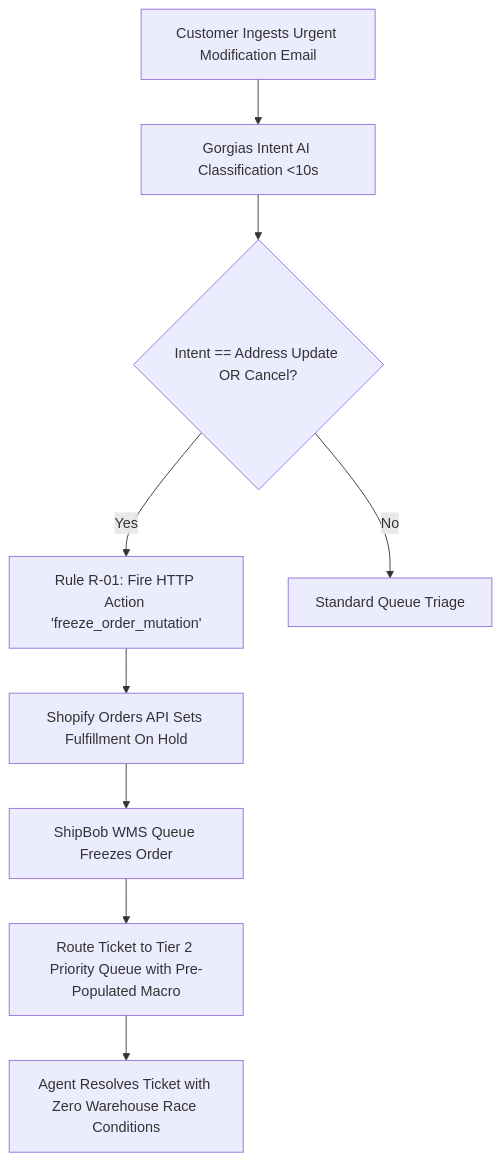
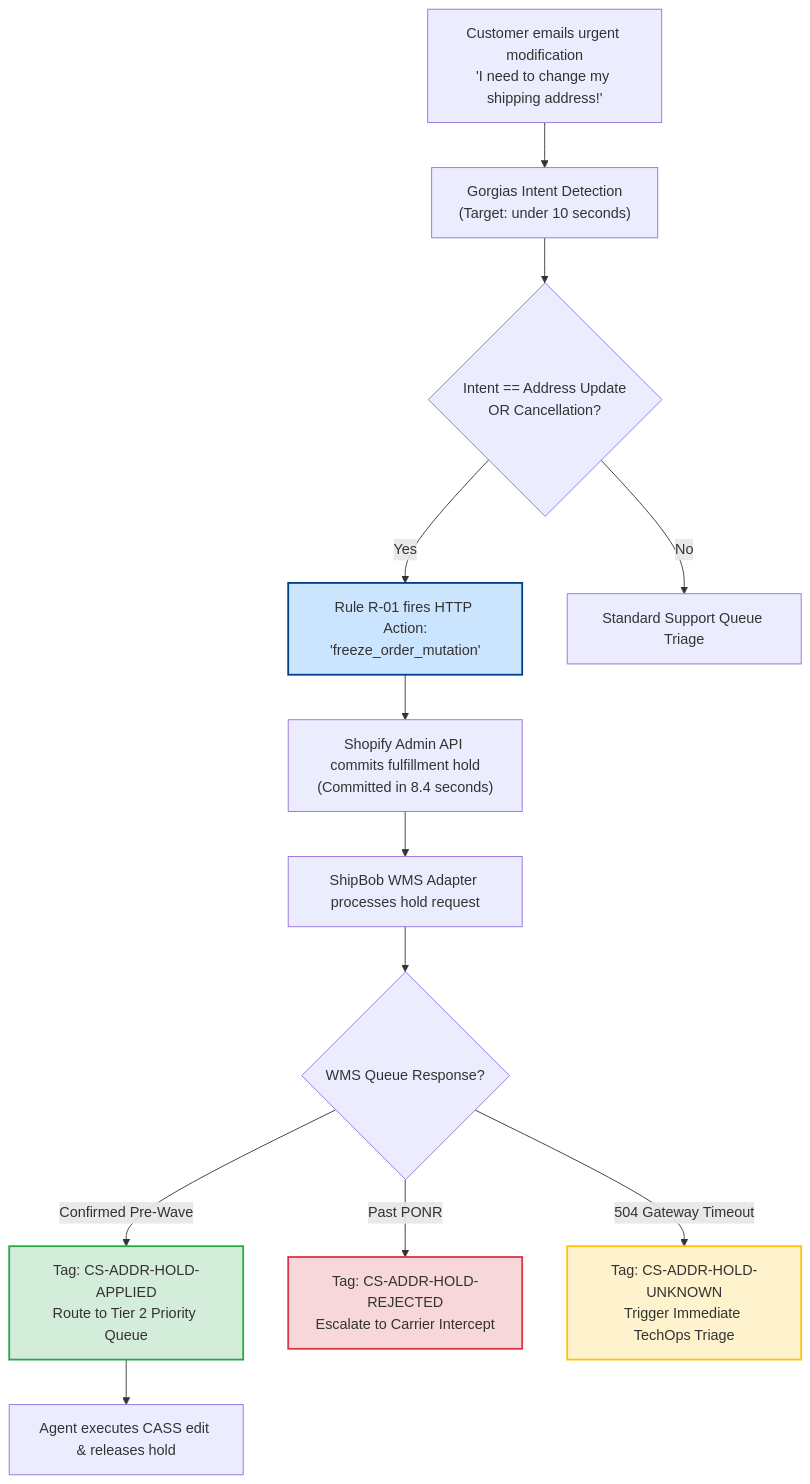
Before and after one commit to riovicsusas/portfolio: the first of 3 diagrams in domain-6-frontline-helpdesk/MasterDossier-Domain6-FrontlineHelpdeskAutomation.md, drawn with Mermaid. The commit also changed other lines of this file and 1 other file, not shown here.

````diff
--- a/domain-6-frontline-helpdesk/MasterDossier-Domain6-FrontlineHelpdeskAutomation.md
+++ b/domain-6-frontline-helpdesk/MasterDossier-Domain6-FrontlineHelpdeskAutomation.md
@@ -16,11 +68,19 @@
 ```mermaid
 flowchart TD
-    A[Customer Ingests Urgent Modification Email] --> B[Gorgias Intent AI Classification <10s]
-    B --> C{Intent == Address Update OR Cancel?}
-    C -- Yes --> D[Rule R-01: Fire HTTP Action 'freeze_order_mutation']
-    D --> E[Shopify Orders API Sets Fulfillment On Hold]
-    E --> F[ShipBob WMS Queue Freezes Order]
-    F --> G[Route Ticket to Tier 2 Priority Queue with Pre-Populated Macro]
-    G --> H[Agent Resolves Ticket with Zero Warehouse Race Conditions]
-    C -- No --> I[Standard Queue Triage]
+    A["Customer emails urgent modification<br/>'I need to change my shipping address!'"] --> B["Gorgias Intent Detection<br/>(Target: under 10 seconds)"]
+    B --> C{"Intent == Address Update<br/>OR Cancellation?"}
+    C -- "Yes" --> D["Rule R-01 fires HTTP Action:<br/>'freeze_order_mutation'"]
+    D --> E["Shopify Admin API commits fulfillment hold<br/>(Committed in 8.4 seconds)"]
+    E --> F["ShipBob WMS Adapter processes hold request"]
+    F --> G{"WMS Queue Response?"}
+    G -- "Confirmed Pre-Wave" --> H["Tag: CS-ADDR-HOLD-APPLIED<br/>Route to Tier 2 Priority Queue"]
+    G -- "Past PONR" --> I["Tag: CS-ADDR-HOLD-REJECTED<br/>Escalate to Carrier Intercept"]
+    G -- "504 Gateway Timeout" --> J["Tag: CS-ADDR-HOLD-UNKNOWN<br/>Trigger Immediate TechOps Triage"]
+    H --> K["Agent executes CASS edit & releases hold"]
+    C -- "No" --> L["Standard Support Queue Triage"]
+
+    style D fill:#cce5ff,stroke:#004085,stroke-width:2px;
+    style H fill:#d4edda,stroke:#28a745,stroke-width:2px;
+    style I fill:#f8d7da,stroke:#dc3545,stroke-width:2px;
+    style J fill:#fff3cd,stroke:#ffc107,stroke-width:2px;
 ```
````
